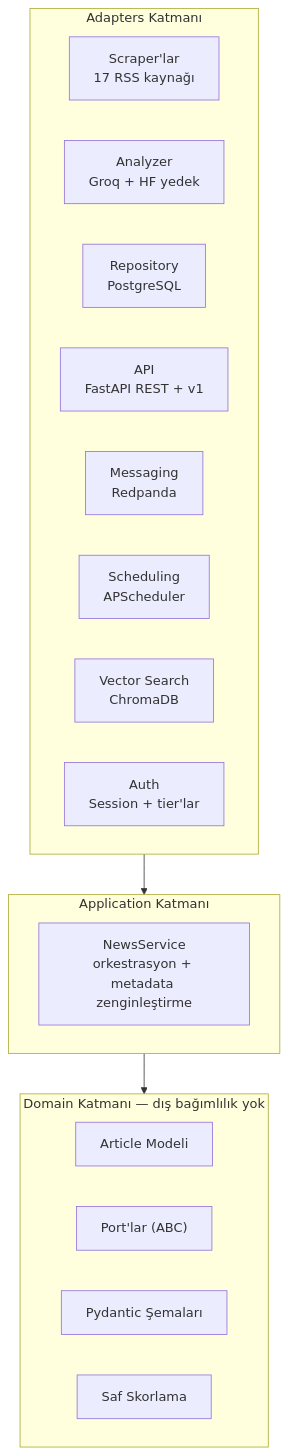
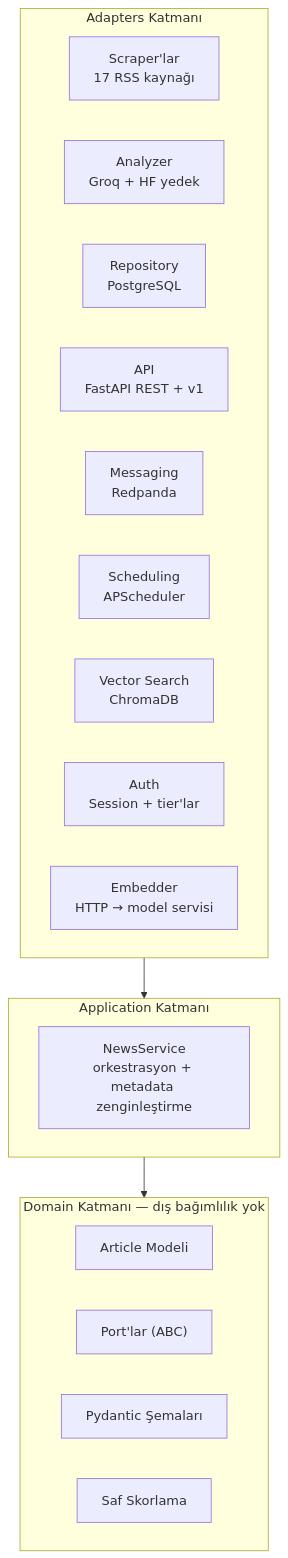
Before and after one commit to MaviMakumba/NexStream-News-Engine: the third of 4 diagrams in README.md, drawn with Mermaid. The commit also changed other lines of this file and 1 other file, not shown here.

First line of the commit message:
docs: embedder servisi + v2.0 RAM optimizasyonu dokumantasyonu

````diff
--- a/README.md
+++ b/README.md
@@ -478,23 +482,24 @@
 ```mermaid
 flowchart TB
     subgraph Domain["Domain Katmanı — dış bağımlılık yok"]
         D1["Article Modeli"]
         D2["Port'lar (ABC)"]
         D3["Pydantic Şemaları"]
         D4["Saf Skorlama"]
     end
     subgraph Application["Application Katmanı"]
         A1["NewsService<br/>orkestrasyon + metadata zenginleştirme"]
     end
     subgraph Adapters["Adapters Katmanı"]
         AD1["Scraper'lar<br/>17 RSS kaynağı"]
         AD2["Analyzer<br/>Groq + HF yedek"]
         AD3["Repository<br/>PostgreSQL"]
         AD4["API<br/>FastAPI REST + v1"]
         AD5["Messaging<br/>Redpanda"]
         AD6["Scheduling<br/>APScheduler"]
         AD7["Vector Search<br/>ChromaDB"]
         AD8["Auth<br/>Session + tier'lar"]
+        AD9["Embedder<br/>HTTP → model servisi"]
     end
     Adapters --> Application --> Domain
 ```
````
